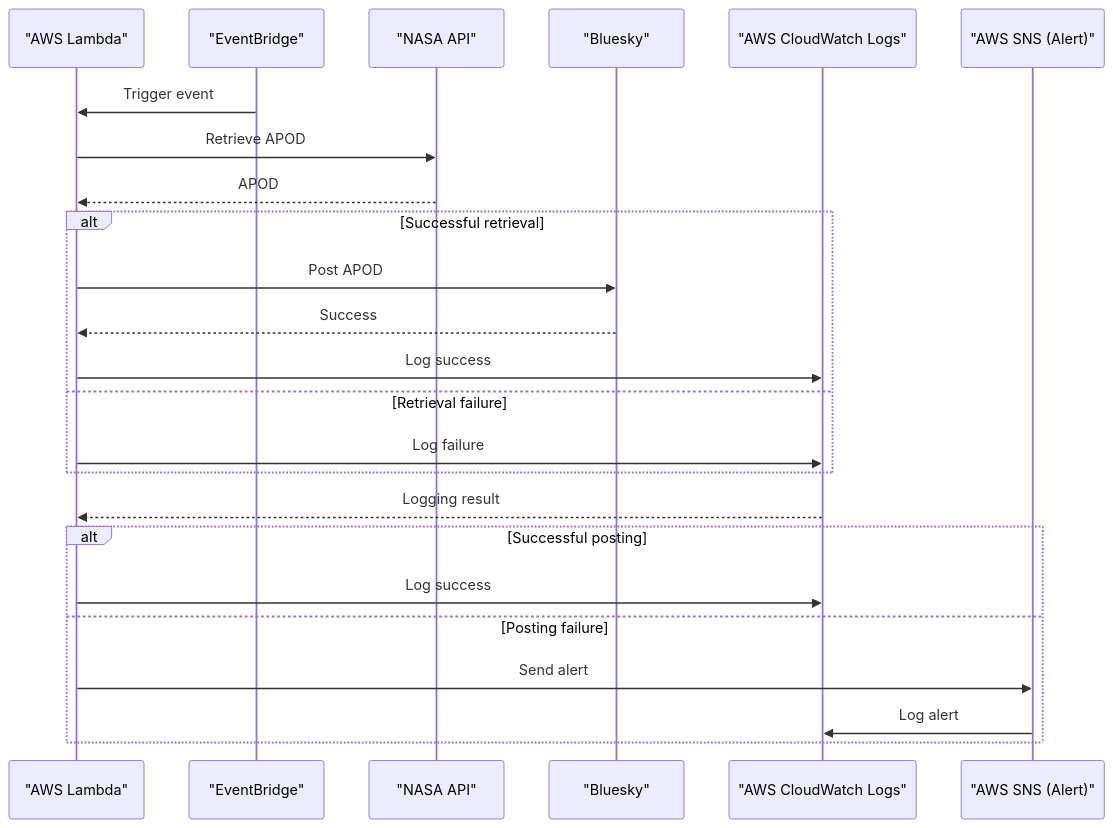
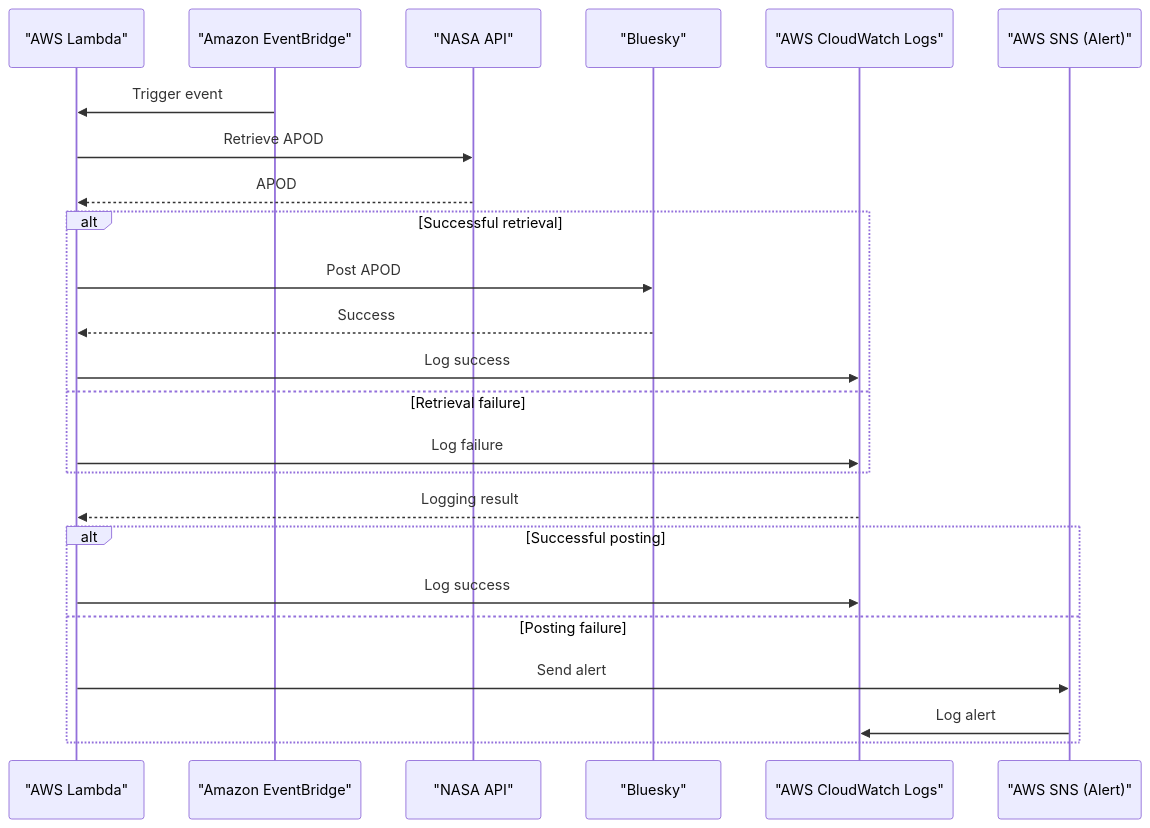
One commit to myConsciousness/bluesky-apod-bot changed the diagram in README.md. Above: the diagram before and after it, drawn with Mermaid. The commit also changed 2 other files, not shown here.

````diff
--- a/README.md
+++ b/README.md
@@ -3,29 +3,29 @@
 ```mermaid
 sequenceDiagram;
     participant Lambda as "AWS Lambda";
-    participant EventBridge as "EventBridge";
+    participant EventBridge as "Amazon EventBridge";
     participant NASA_API as "NASA API";
     participant Bluesky as "Bluesky";
     participant CloudWatch as "AWS CloudWatch Logs";
     participant SNS as "AWS SNS (Alert)";
 
     EventBridge ->> Lambda: Trigger event
     Lambda ->> NASA_API: Retrieve APOD
     NASA_API -->> Lambda: APOD
     alt Successful retrieval
         Lambda ->> Bluesky: Post APOD
         Bluesky -->> Lambda: Success
         Lambda ->> CloudWatch: Log success
     else Retrieval failure
         Lambda ->> CloudWatch: Log failure
     end
 
     CloudWatch -->> Lambda: Logging result
 
     alt Successful posting
         Lambda ->> CloudWatch: Log success
     else Posting failure
         Lambda ->> SNS: Send alert
         SNS ->> CloudWatch: Log alert
     end
 ```
````
